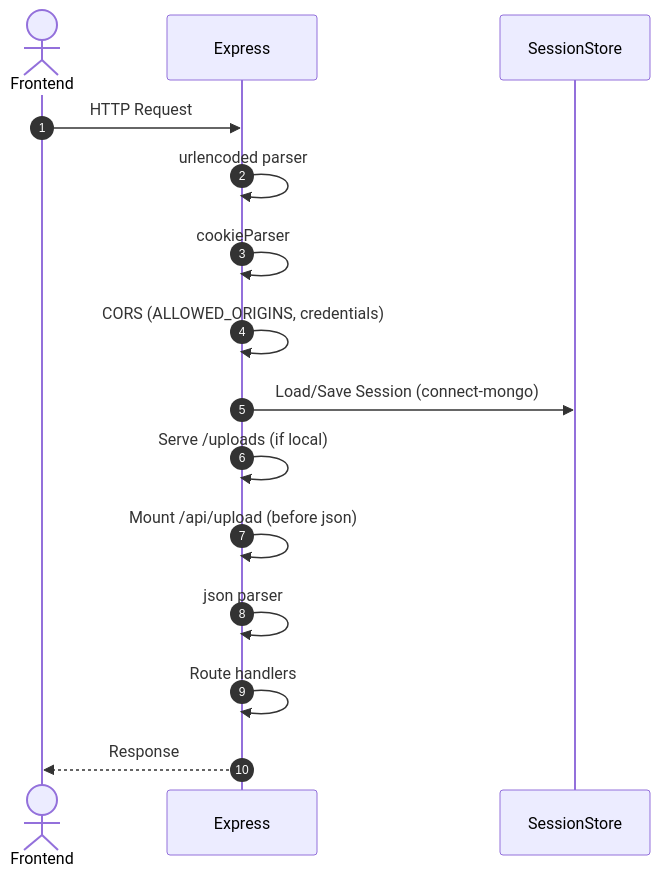
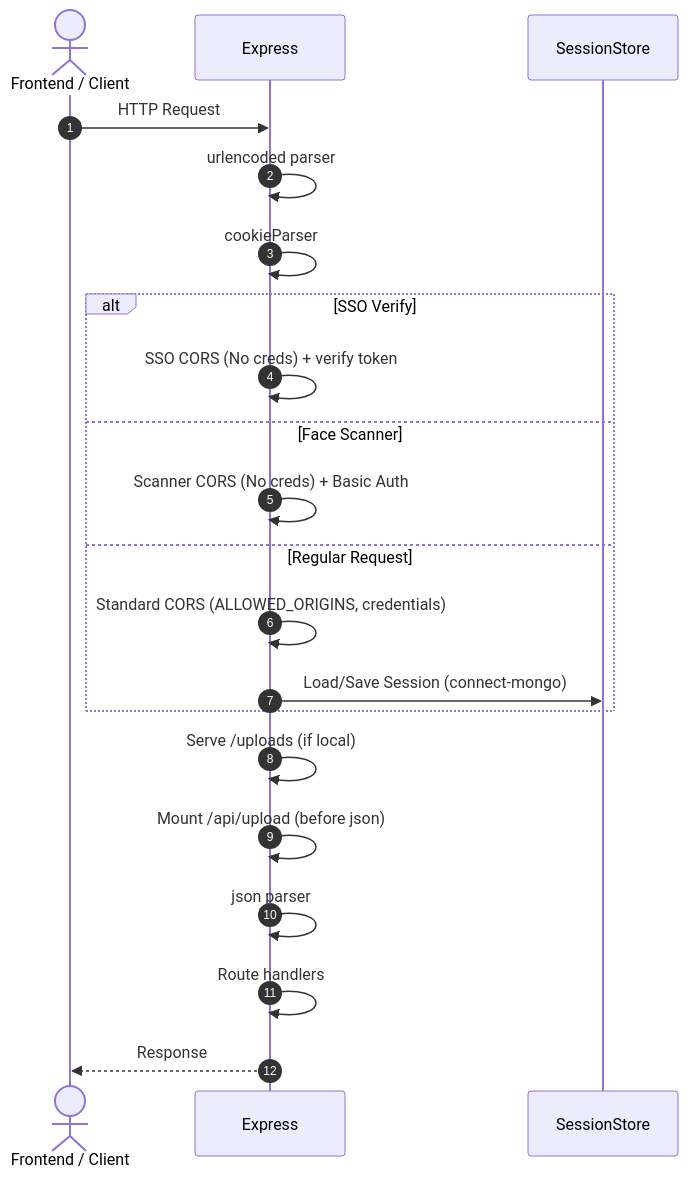
Before and after one commit to thisisdkyadav/hostel-management-system-backend: the third of 4 diagrams in srs.md, drawn with Mermaid. The commit also changed other lines of this file, not shown here.

````diff
--- a/srs.md
+++ b/srs.md
@@ -151,19 +166,24 @@
 ```mermaid
 sequenceDiagram
   autonumber
-  actor FE as Frontend
+  actor FE as Frontend / Client
   participant EX as Express
   participant SES as SessionStore
 
   FE->>EX: HTTP Request
   EX->>EX: urlencoded parser
   EX->>EX: cookieParser
-  %% SSO handler removed
-  EX->>EX: CORS (ALLOWED_ORIGINS, credentials)
-  EX->>SES: Load/Save Session (connect-mongo)
+  alt SSO Verify
+    EX->>EX: SSO CORS (No creds) + verify token
+  else Face Scanner
+    EX->>EX: Scanner CORS (No creds) + Basic Auth
+  else Regular Request
+    EX->>EX: Standard CORS (ALLOWED_ORIGINS, credentials)
+    EX->>SES: Load/Save Session (connect-mongo)
+  end
   EX->>EX: Serve /uploads (if local)
   EX->>EX: Mount /api/upload (before json)
   EX->>EX: json parser
   EX->>EX: Route handlers
   EX-->>FE: Response
 ```
````
